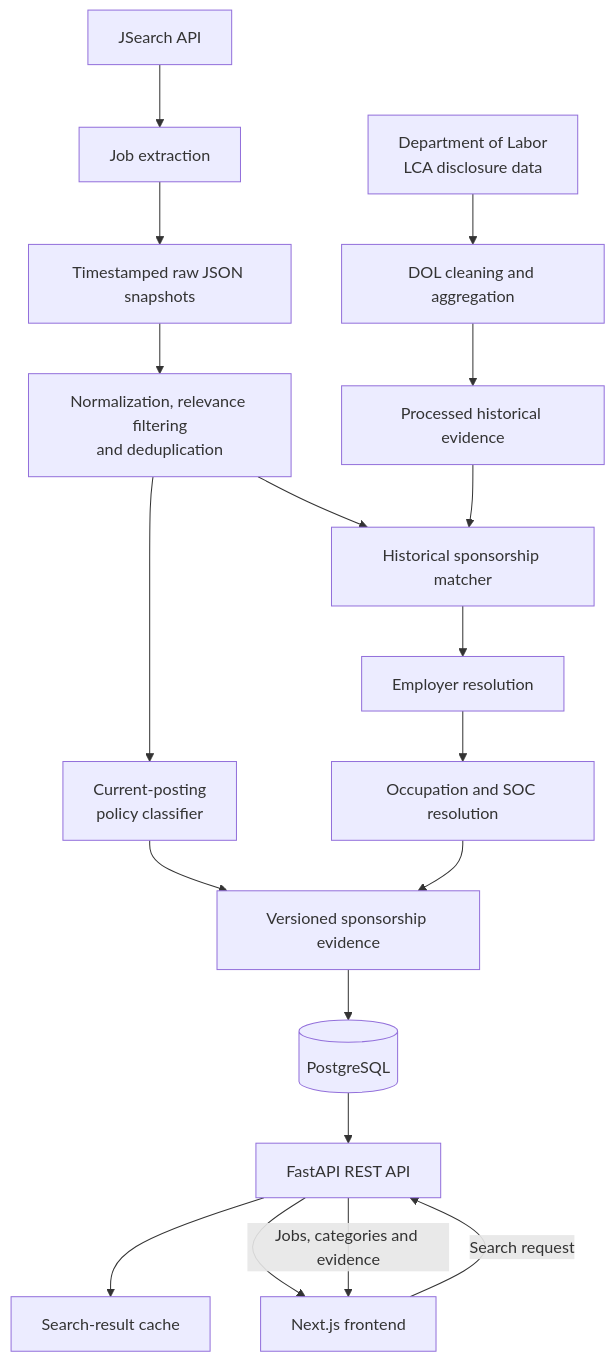
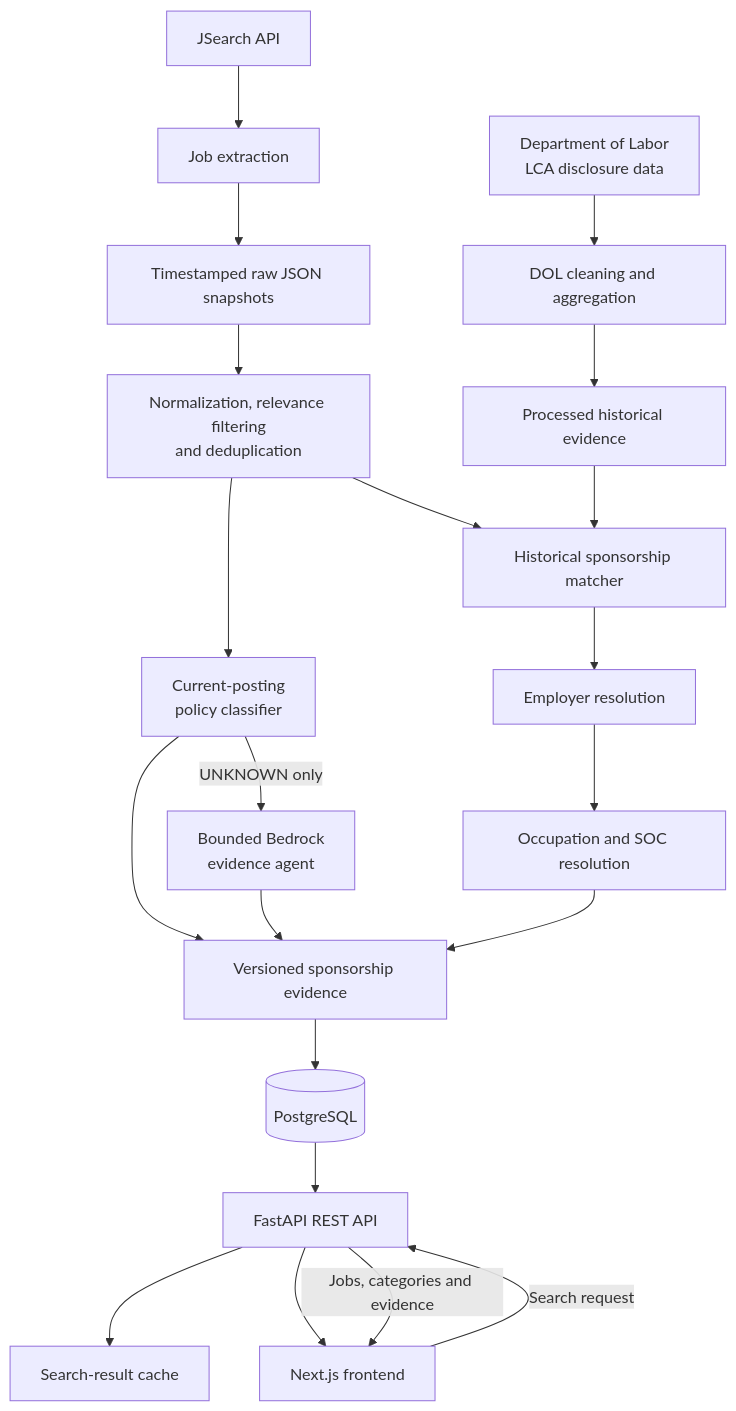
Before and after one commit to roflvedant/H1B-SponsorScope: the diagram in README.md, drawn with Mermaid. The commit also changed other lines of this file and 15 other files, not shown here.

Commit message:
Add bounded Bedrock sponsorship evidence agent

````diff
--- a/README.md
+++ b/README.md
@@ -59,27 +59,29 @@
 ```mermaid
 flowchart TD
     JSEARCH[JSearch API] --> INGEST[Job extraction]
     INGEST --> RAW[Timestamped raw JSON snapshots]
     RAW --> TRANSFORM[Normalization, relevance filtering<br/>and deduplication]
 
     DOL[Department of Labor<br/>LCA disclosure data] --> DOLPROCESS[DOL cleaning and aggregation]
     DOLPROCESS --> HISTORY[Processed historical evidence]
 
     TRANSFORM --> CLASSIFIER[Current-posting<br/>policy classifier]
+    CLASSIFIER -->|UNKNOWN only| AGENT[Bounded Bedrock<br/>evidence agent]
     TRANSFORM --> MATCHER[Historical sponsorship matcher]
     HISTORY --> MATCHER
 
     MATCHER --> EMPLOYER[Employer resolution]
     EMPLOYER --> OCCUPATION[Occupation and SOC resolution]
 
     CLASSIFIER --> ENRICHED[Versioned sponsorship evidence]
+    AGENT --> ENRICHED
     OCCUPATION --> ENRICHED
 
     ENRICHED --> DATABASE[(PostgreSQL)]
     DATABASE --> API[FastAPI REST API]
     API --> CACHE[Search-result cache]
     API --> FRONTEND[Next.js frontend]
 
     FRONTEND -->|Search request| API
     API -->|Jobs, categories and evidence| FRONTEND
 ```
````
